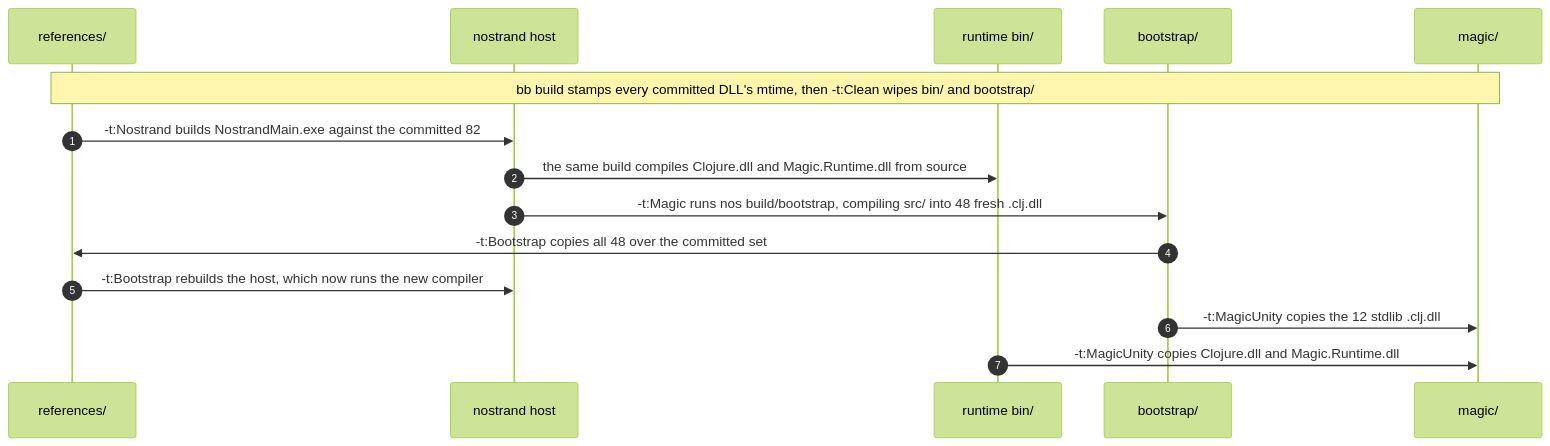
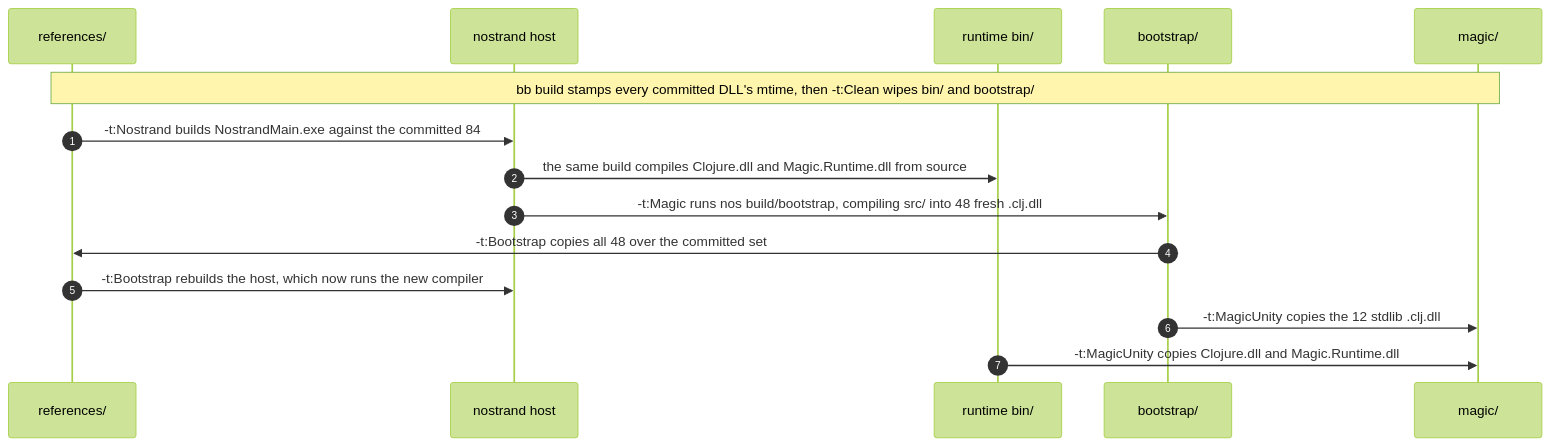
The second of 6 diagrams in docs/bootstrap.md (flybot-sg/magic), drawn with Mermaid (forest theme) before and after one commit. The commit also changed other lines of this file and 17 other files, not shown here.

First line of the commit message:
fix(nostrand): run the command line through clojure.main (#192 nasser/nostrand#33)

````diff
--- a/docs/bootstrap.md
+++ b/docs/bootstrap.md
@@ -65,18 +65,18 @@
 ```mermaid
 sequenceDiagram
     autonumber
     participant refs as references/
     participant host as nostrand host
     participant rt as runtime bin/
     participant boot as bootstrap/
     participant exp as magic/
 
     Note over refs,exp: bb build stamps every committed DLL's mtime, then -t:Clean wipes bin/ and bootstrap/
-    refs->>host: -t:Nostrand builds NostrandMain.exe against the committed 82
+    refs->>host: -t:Nostrand builds NostrandMain.exe against the committed 84
     host->>rt: the same build compiles Clojure.dll and Magic.Runtime.dll from source
     host->>boot: -t:Magic runs nos build/bootstrap, compiling src/ into 48 fresh .clj.dll
     boot->>refs: -t:Bootstrap copies all 48 over the committed set
     refs->>host: -t:Bootstrap rebuilds the host, which now runs the new compiler
     boot->>exp: -t:MagicUnity copies the 12 stdlib .clj.dll
     rt->>exp: -t:MagicUnity copies Clojure.dll and Magic.Runtime.dll
 ```
````
